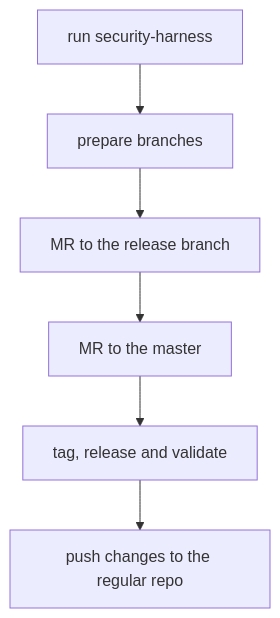
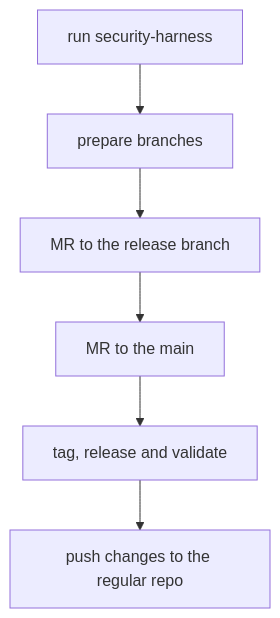
Before and after one commit to vnkazna/container_monitor: the diagram in docs/security-releases.md, drawn with Mermaid. The commit also changed other lines of this file and 4 other files, not shown here.

Commit message:
docs: change the default branch from master to main

````diff
--- a/docs/security-releases.md
+++ b/docs/security-releases.md
@@ -21,8 +21,8 @@
 ```mermaid
 graph TD;
 A[run security-harness] --> B[prepare branches]
 B --> C[MR to the release branch]
-C --> D[MR to the master]
+C --> D[MR to the main]
 D --> E[tag, release and validate]
 E --> F[push changes to the regular repo]
 ```
````
